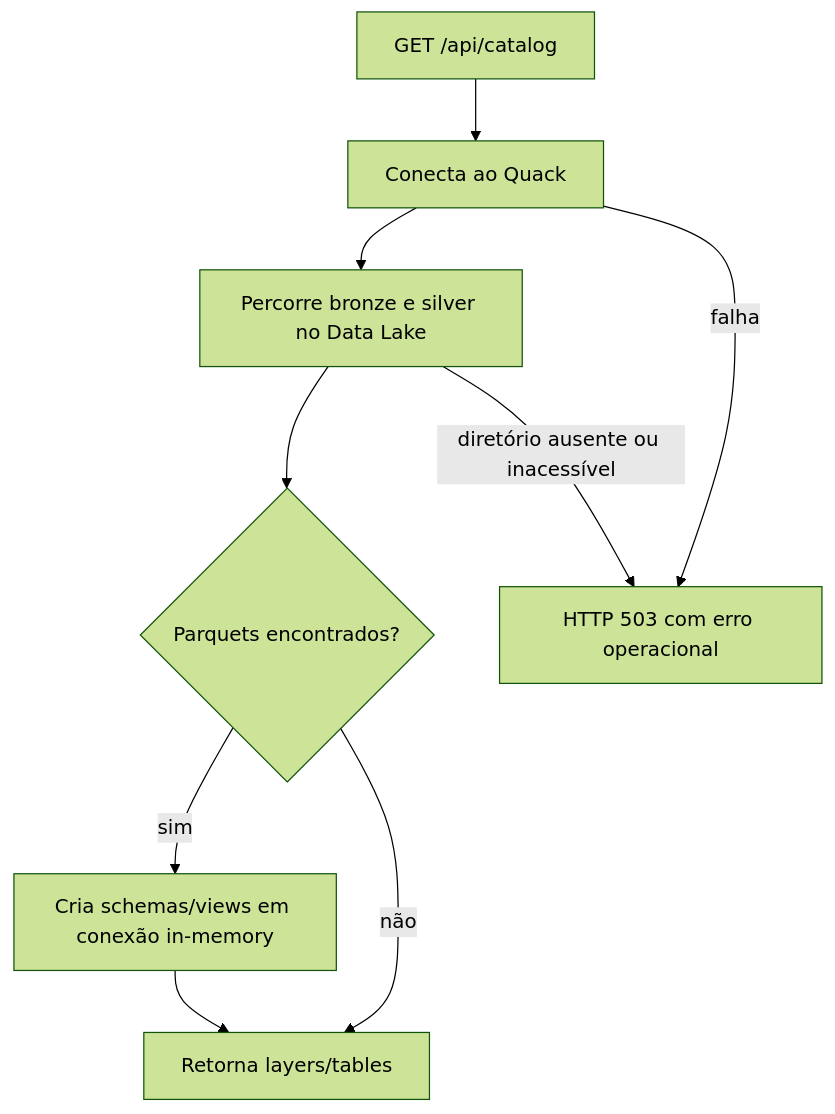
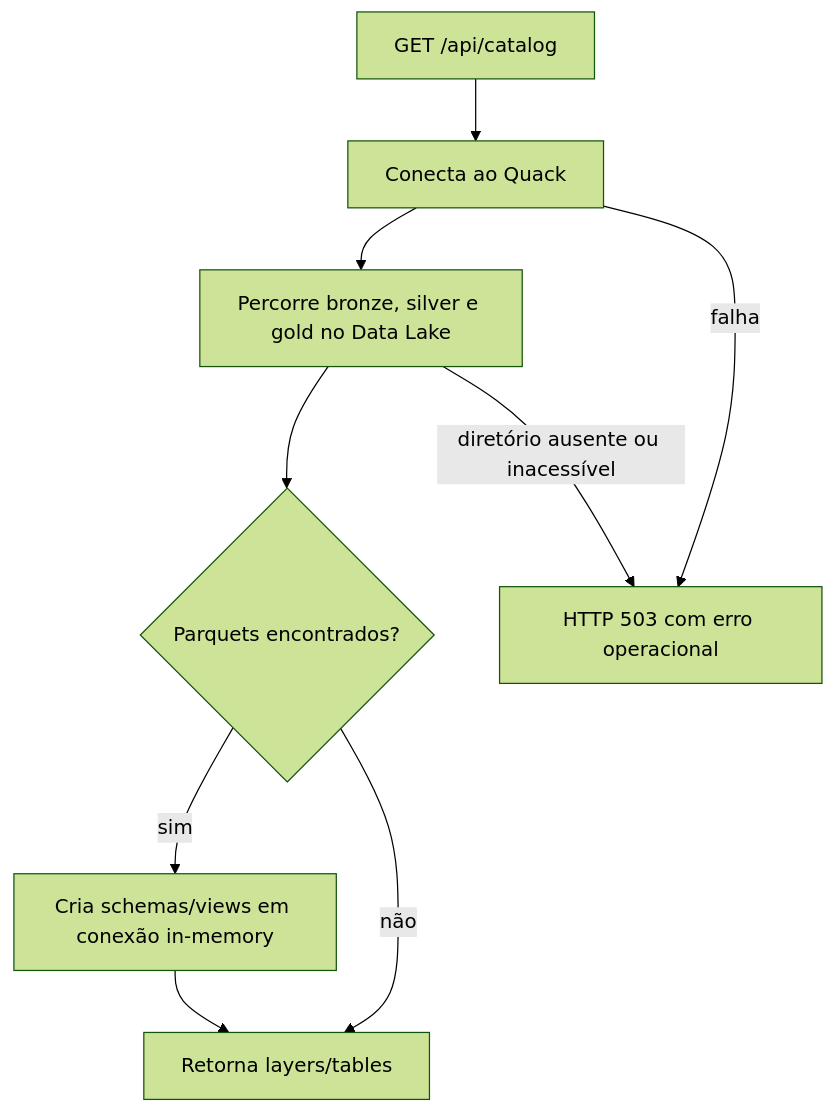
Before and after one commit to BiellBatista/Python.DataEngineering: the second of 3 diagrams in B3-Web-App/docs/diagrama-atividades.md, drawn with Mermaid (forest theme). The commit also changed 31 other files, not shown here.

````diff
--- a/B3-Web-App/docs/diagrama-atividades.md
+++ b/B3-Web-App/docs/diagrama-atividades.md
@@ -25,16 +25,16 @@
 ```mermaid
 flowchart TD
     Request["GET /api/catalog"]
     Connect["Conecta ao Quack"]
-    Scan["Percorre bronze e silver no Data Lake"]
+    Scan["Percorre bronze, silver e gold no Data Lake"]
     Discover{"Parquets encontrados?"}
     Register["Cria schemas/views em conexão in-memory"]
     Response["Retorna layers/tables"]
     Error["HTTP 503 com erro operacional"]
 
     Request --> Connect --> Scan --> Discover
     Discover -->|"sim"| Register --> Response
     Discover -->|"não"| Response
     Connect -->|"falha"| Error
     Scan -->|"diretório ausente ou inacessível"| Error
 ```
````
